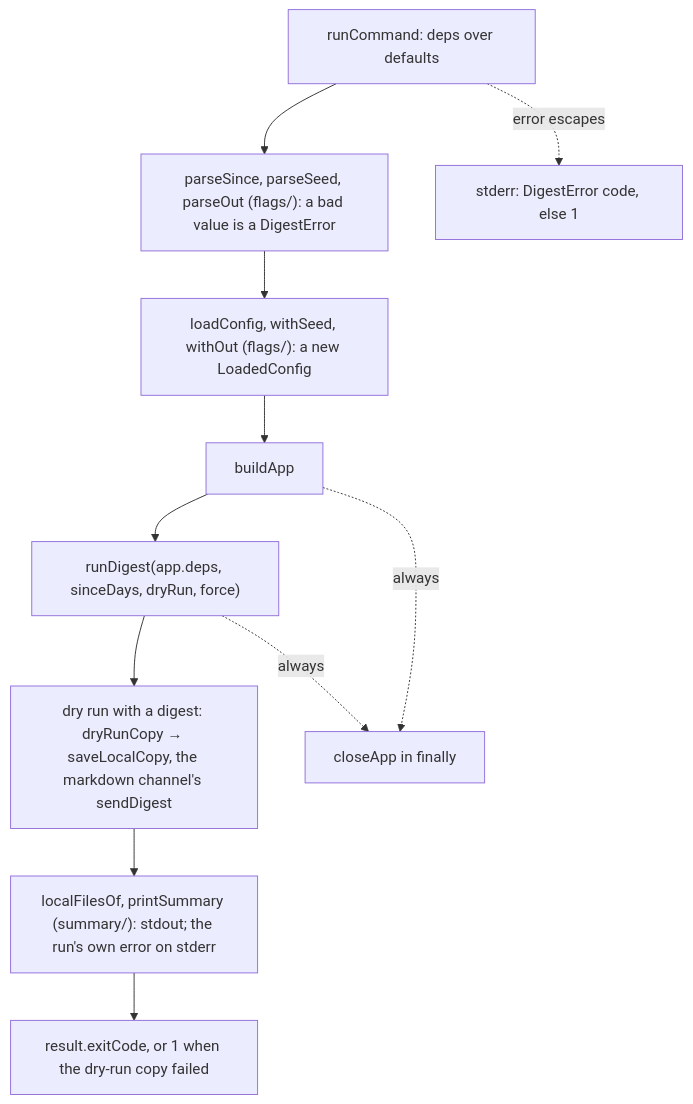
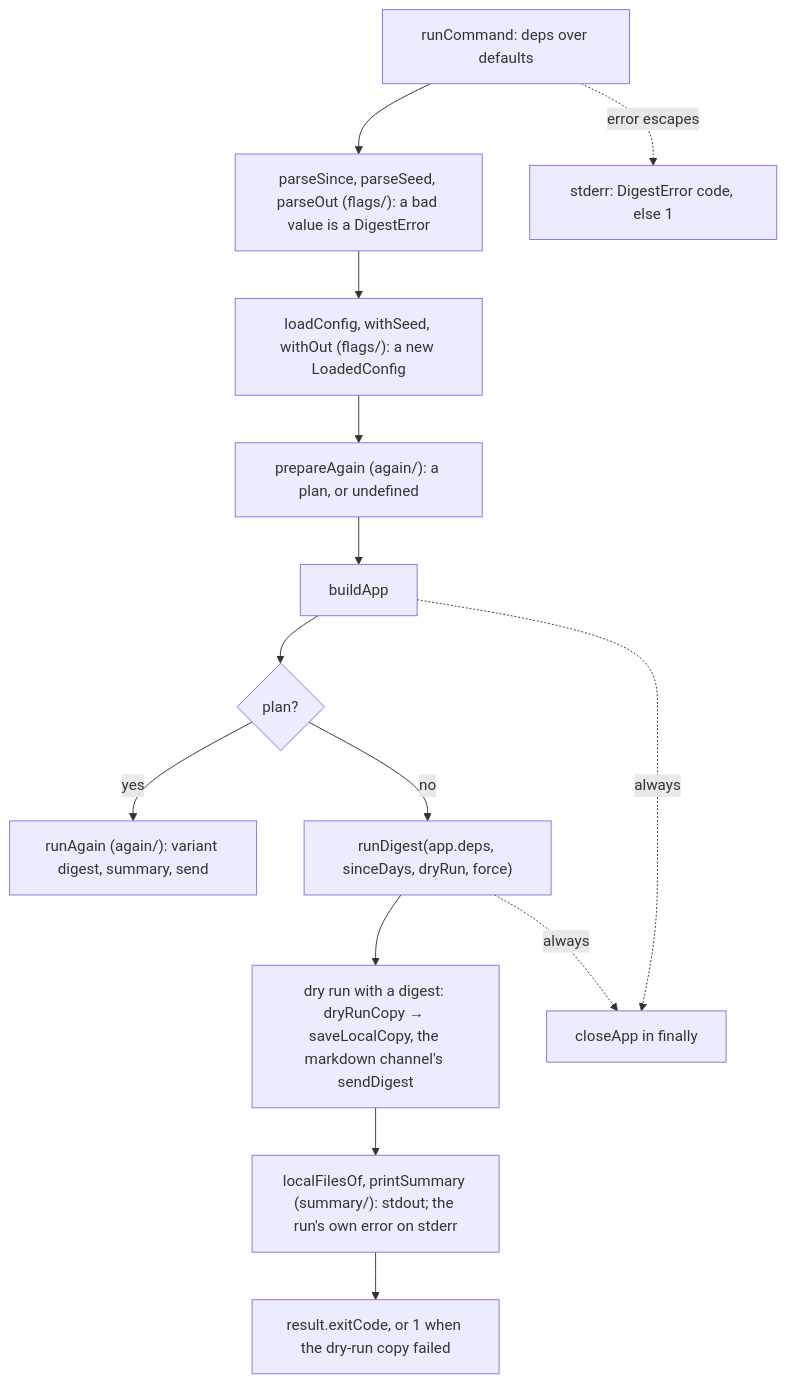
The second of 2 diagrams in src/cli/run/CLAUDE.md (odere-pro/weekly-engineering-digest-agent), drawn with Mermaid before and after one commit. The commit also changed other lines of this file and 28 other files, not shown here.

````diff
--- a/src/cli/run/CLAUDE.md
+++ b/src/cli/run/CLAUDE.md
@@ -25,11 +29,14 @@
 ```mermaid
 flowchart TD
   start["runCommand: deps over defaults"] --> args["parseSince, parseSeed, parseOut (flags/): a bad value is a DigestError"]
-  args --> load["loadConfig, withSeed, withOut (flags/): a new LoadedConfig"] --> app["buildApp"]
-  app --> go["runDigest(app.deps, sinceDays, dryRun, force)"]
+  args --> load["loadConfig, withSeed, withOut (flags/): a new LoadedConfig"] --> prep["prepareAgain (again/): a plan, or undefined"]
+  prep --> app["buildApp"]
+  app --> plan{"plan?"}
+  plan -->|yes| ra["runAgain (again/): variant digest, summary, send"]
+  plan -->|no| go["runDigest(app.deps, sinceDays, dryRun, force)"]
   go --> copy["dry run with a digest: dryRunCopy → saveLocalCopy, the markdown channel's sendDigest"]
   copy --> print["localFilesOf, printSummary (summary/): stdout; the run's own error on stderr"]
   print --> code["result.exitCode, or 1 when the dry-run copy failed"]
   app & go -.->|"always"| close["closeApp in finally"]
   start -.->|"error escapes"| err["stderr: DigestError code, else 1"]
 ```
````
